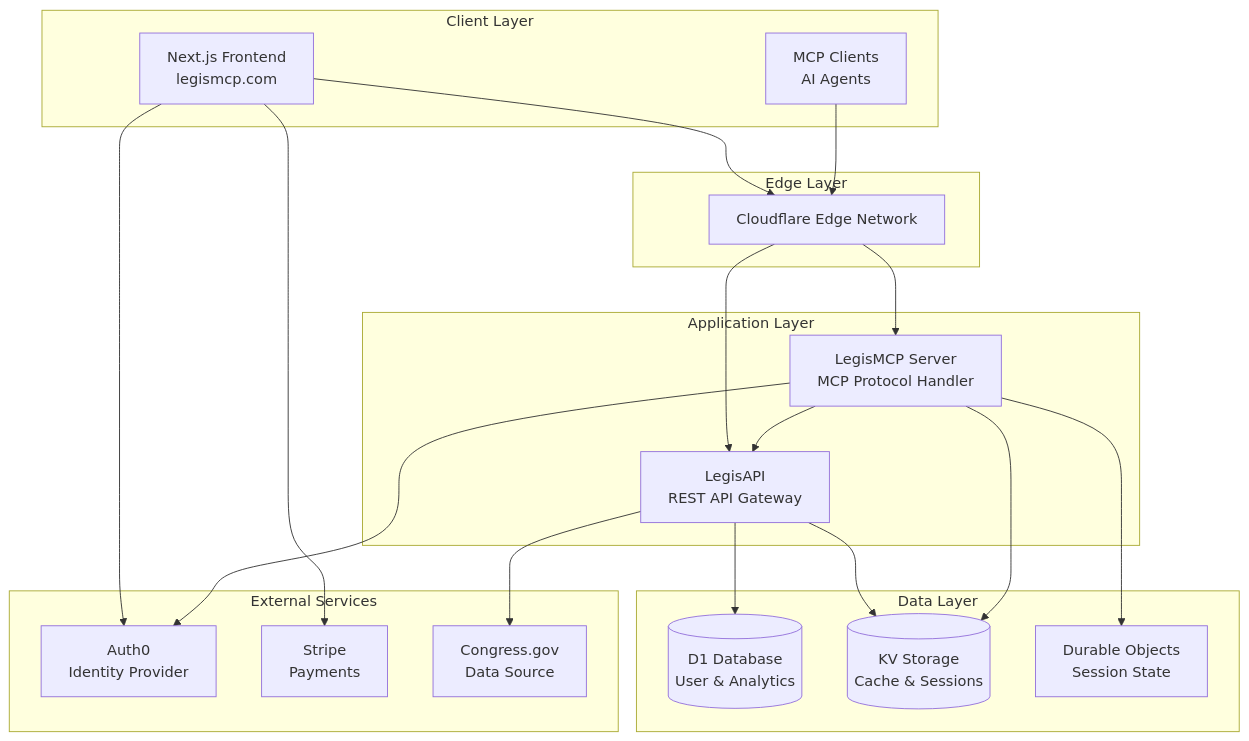
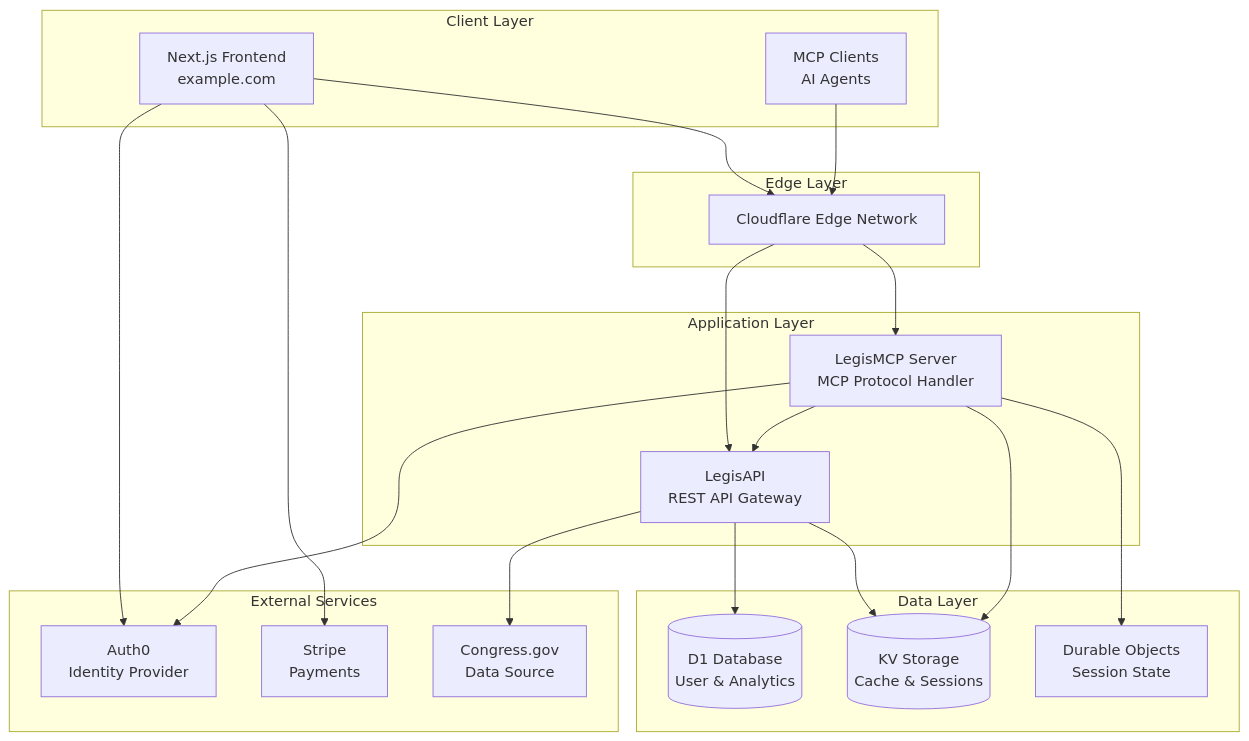
One commit to ruchit-p/LegisMCP changed the first of 10 diagrams in docs/architecture.md. Above: the diagram before and after it, drawn with Mermaid. The commit also changed 10 other files, not shown here.

````diff
--- a/docs/architecture.md
+++ b/docs/architecture.md
@@ -7,42 +7,42 @@
 ```mermaid
 graph TB
     subgraph "Client Layer"
-        UI[Next.js Frontend<br/>legismcp.com]
+        UI[Next.js Frontend<br/>example.com]
         MCP[MCP Clients<br/>AI Agents]
     end
     
     subgraph "Edge Layer"
         CF[Cloudflare Edge Network]
     end
     
     subgraph "Application Layer"
         MCPSRV[LegisMCP Server<br/>MCP Protocol Handler]
         API[LegisAPI<br/>REST API Gateway]
     end
     
     subgraph "Data Layer"
         D1[(D1 Database<br/>User & Analytics)]
         KV[(KV Storage<br/>Cache & Sessions)]
         DO[Durable Objects<br/>Session State]
     end
     
     subgraph "External Services"
         AUTH[Auth0<br/>Identity Provider]
         STRIPE[Stripe<br/>Payments]
         CONGRESS[Congress.gov<br/>Data Source]
     end
     
     UI --> CF
     MCP --> CF
     CF --> MCPSRV
     CF --> API
     MCPSRV --> API
     API --> D1
     API --> KV
     MCPSRV --> DO
     MCPSRV --> KV
     UI --> AUTH
     MCPSRV --> AUTH
     UI --> STRIPE
     API --> CONGRESS
 ```
````
